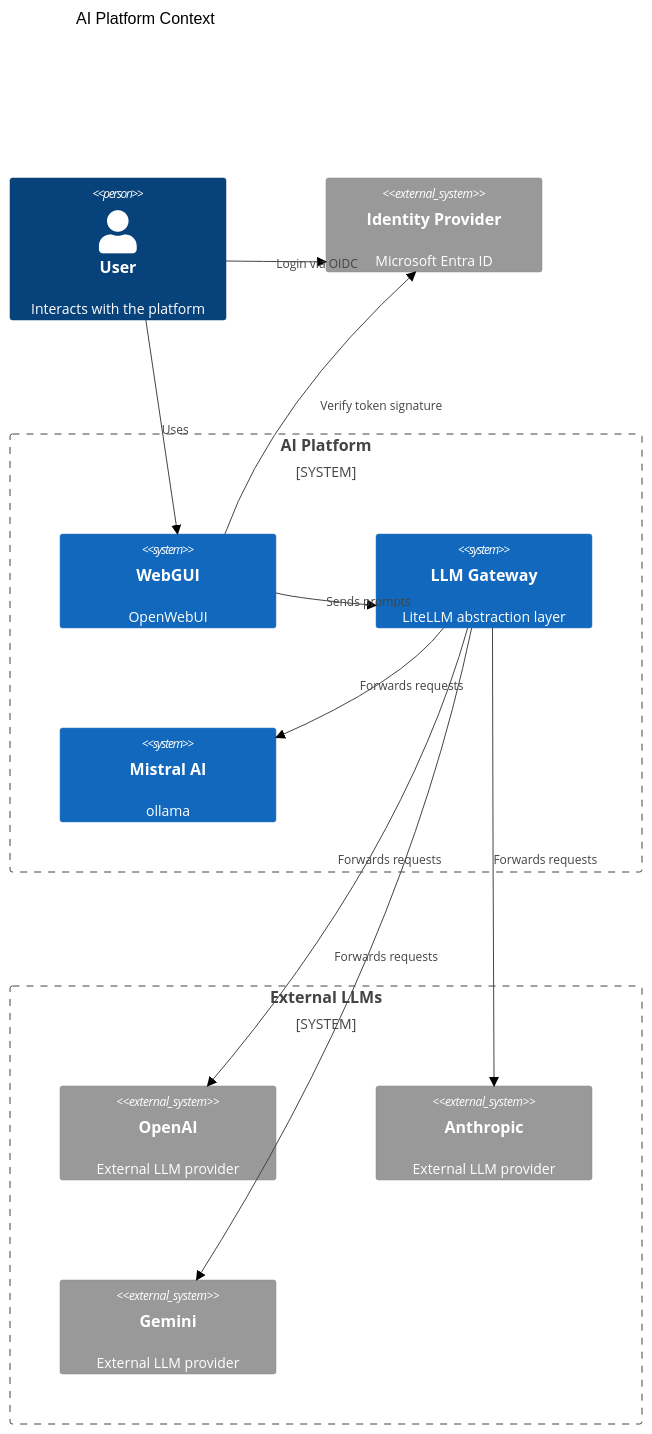
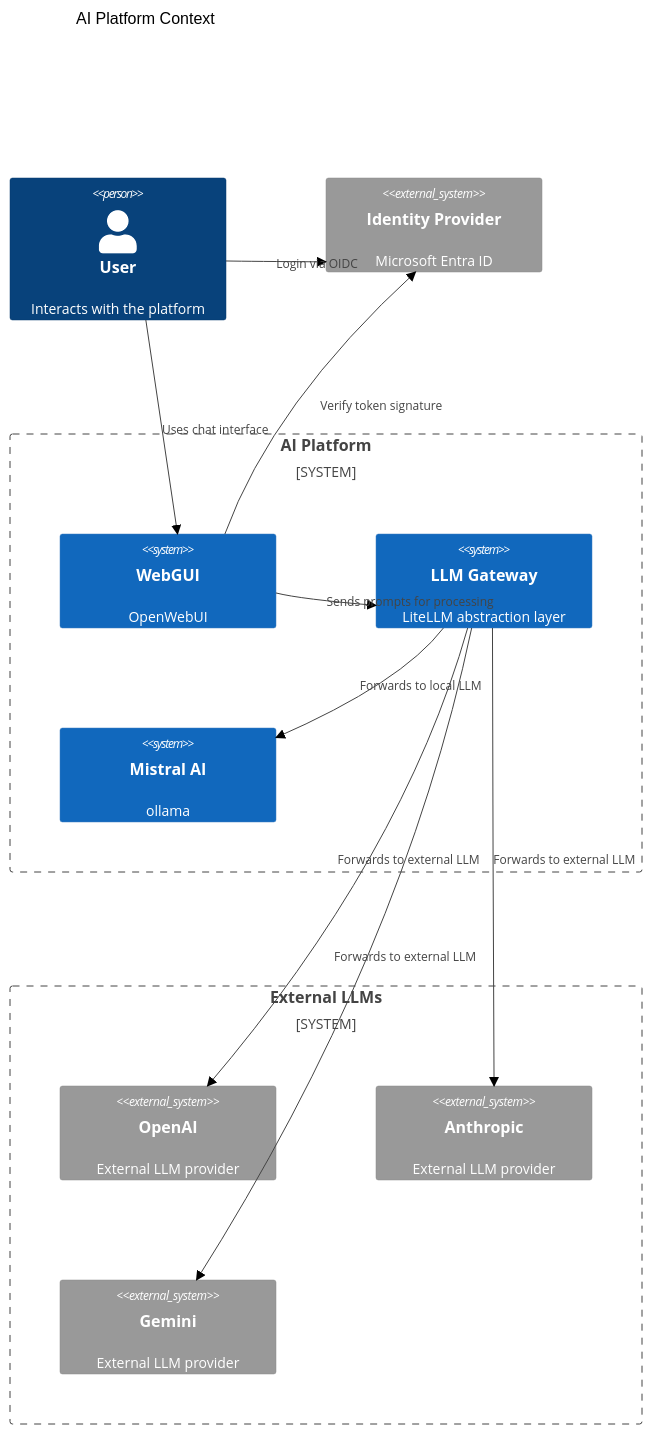
Before and after one commit to Albe83/ai-platform: the first of 2 diagrams in docs/architecture.md, drawn with Mermaid.

````diff
--- a/docs/architecture.md
+++ b/docs/architecture.md
@@ -14,30 +14,30 @@
 ```mermaid
 %%{init: { 'theme': 'neutral' } }%%
 C4Context
     title AI Platform Context
     UpdateLayoutConfig("3", "1")
 
     Person(user, "User", "Interacts with the platform")
     System_Ext(idp, "Identity Provider", "Microsoft Entra ID")
 
     System_Boundary(platform, "AI Platform") {
         System(webgui, "WebGUI", "OpenWebUI")
         System(gateway, "LLM Gateway", "LiteLLM abstraction layer")
         System(mistral, "Mistral AI", "ollama")
     }
 
     System_Boundary(llms, "External LLMs") {
         System_Ext(openai, "OpenAI", "External LLM provider")
         System_Ext(anthropic, "Anthropic", "External LLM provider")
         System_Ext(gemini, "Gemini", "External LLM provider")
     }
 
-    Rel(user, webgui, "Uses")
+    Rel(user, webgui, "Uses chat interface")
     Rel(user, idp, "Login via OIDC")
     Rel(webgui, idp, "Verify token signature")
-    Rel(webgui, gateway, "Sends prompts")
-    Rel(gateway, mistral, "Forwards requests")
-    Rel(gateway, openai, "Forwards requests")
-    Rel(gateway, anthropic, "Forwards requests")
-    Rel(gateway, gemini, "Forwards requests")
+    Rel(webgui, gateway, "Sends prompts for processing")
+    Rel(gateway, mistral, "Forwards to local LLM")
+    Rel(gateway, openai, "Forwards to external LLM")
+    Rel(gateway, anthropic, "Forwards to external LLM")
+    Rel(gateway, gemini, "Forwards to external LLM")
 ```
````
